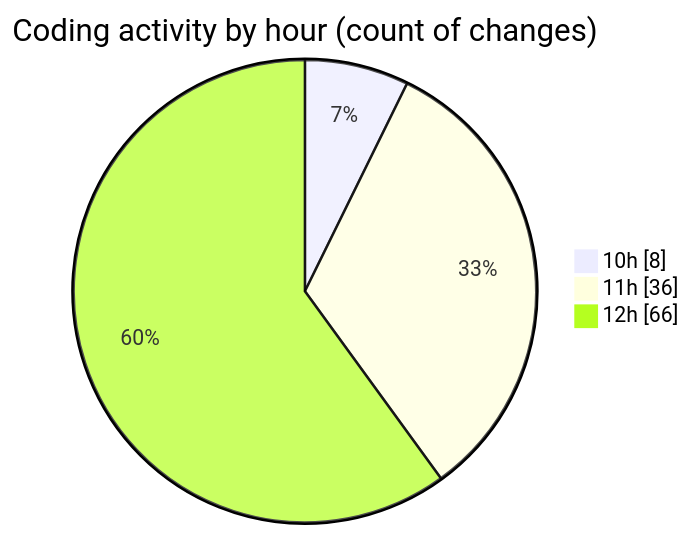
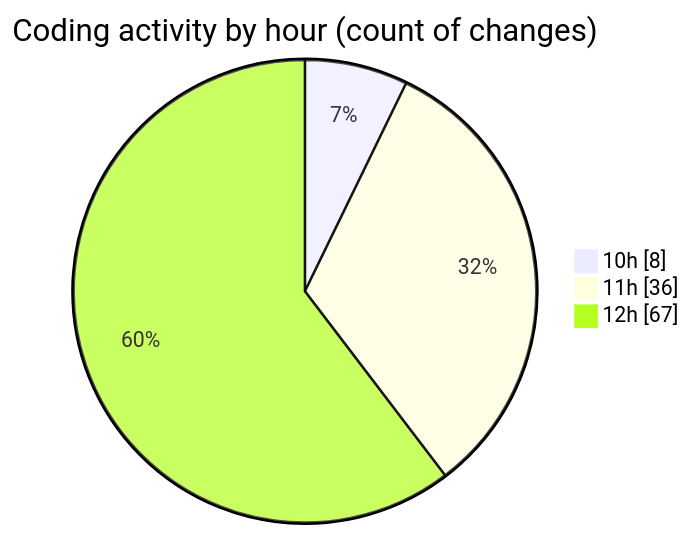
The second of 2 diagrams in 2025-05-16/python_app_deploy/README.md (CELIANVF/code-tracking), drawn with Mermaid before and after one commit. The commit also changed other lines of this file and 1 other file, not shown here.

````diff
--- a/2025-05-16/python_app_deploy/README.md
+++ b/2025-05-16/python_app_deploy/README.md
@@ -53,7 +53,7 @@
 ```mermaid
 pie showData
 title Coding activity by hour (count of changes)
 "10h" : 8
 "11h" : 36
-"12h" : 66
+"12h" : 67
 ```
````
